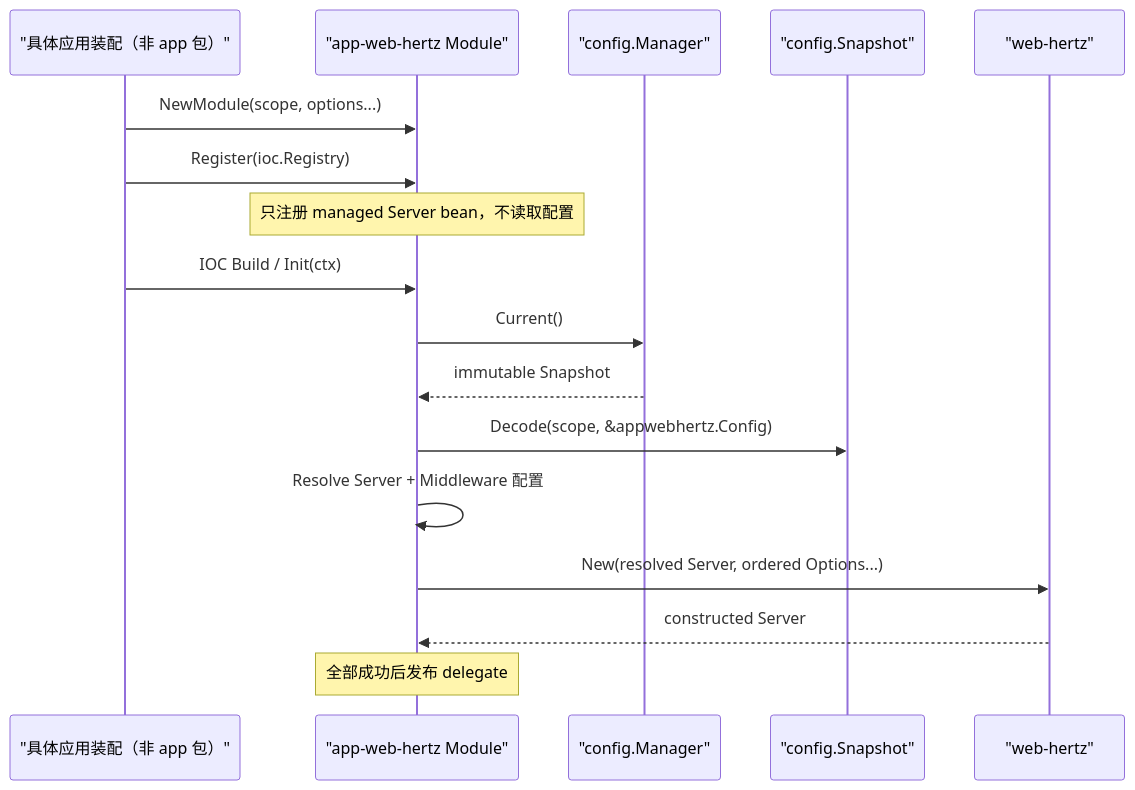
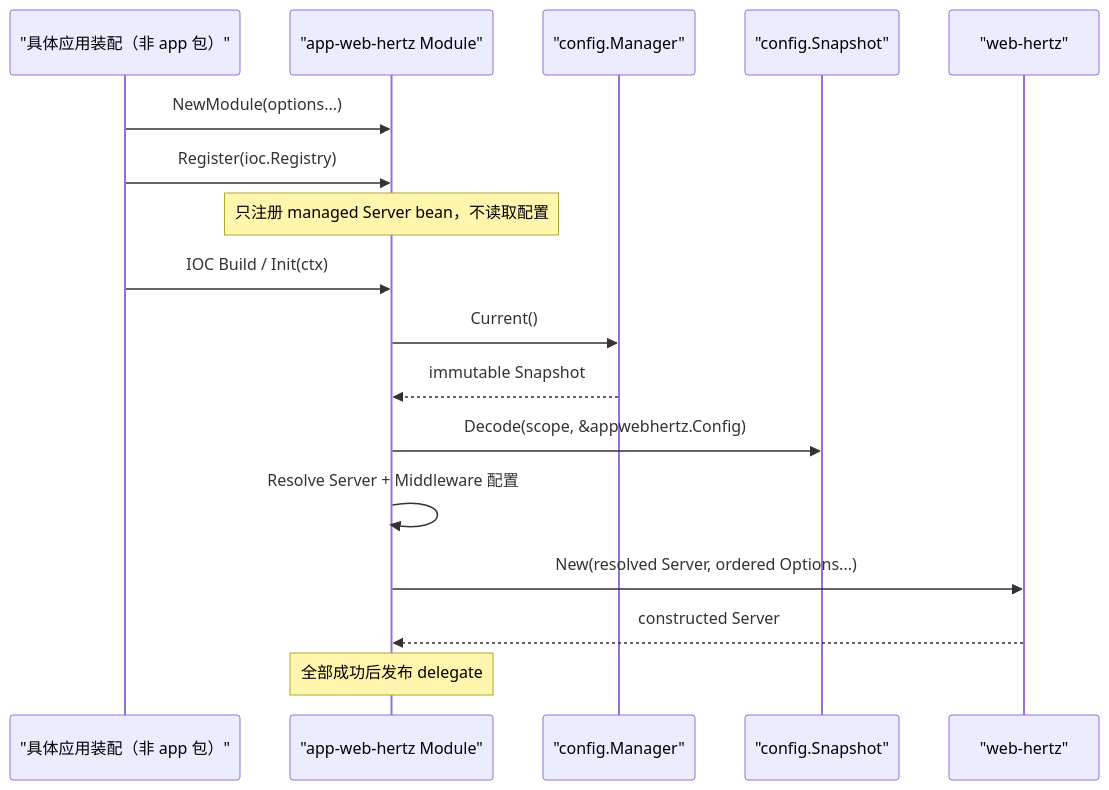
The second of 2 diagrams in docs/architecture/web-hertz-capability-observability-proposal.md (yangzhuangqiu/gobase), drawn with Mermaid before and after one commit. The commit also changed other lines of this file and 72 other files, not shown here.

````diff
--- a/docs/architecture/web-hertz-capability-observability-proposal.md
+++ b/docs/architecture/web-hertz-capability-observability-proposal.md
@@ -177,20 +177,20 @@
 ```mermaid
 sequenceDiagram
     participant Root as "具体应用装配（非 app 包）"
     participant Module as "app-web-hertz Module"
     participant Manager as "config.Manager"
     participant Snapshot as "config.Snapshot"
     participant Provider as "web-hertz"
 
-    Root->>Module: NewModule(scope, options...)
+    Root->>Module: NewModule(options...)
     Root->>Module: Register(ioc.Registry)
     Note over Module: 只注册 managed Server bean，不读取配置
     Root->>Module: IOC Build / Init(ctx)
     Module->>Manager: Current()
     Manager-->>Module: immutable Snapshot
     Module->>Snapshot: Decode(scope, &appwebhertz.Config)
     Module->>Module: Resolve Server + Middleware 配置
     Module->>Provider: New(resolved Server, ordered Options...)
     Provider-->>Module: constructed Server
     Note over Module: 全部成功后发布 delegate
 ```
````
